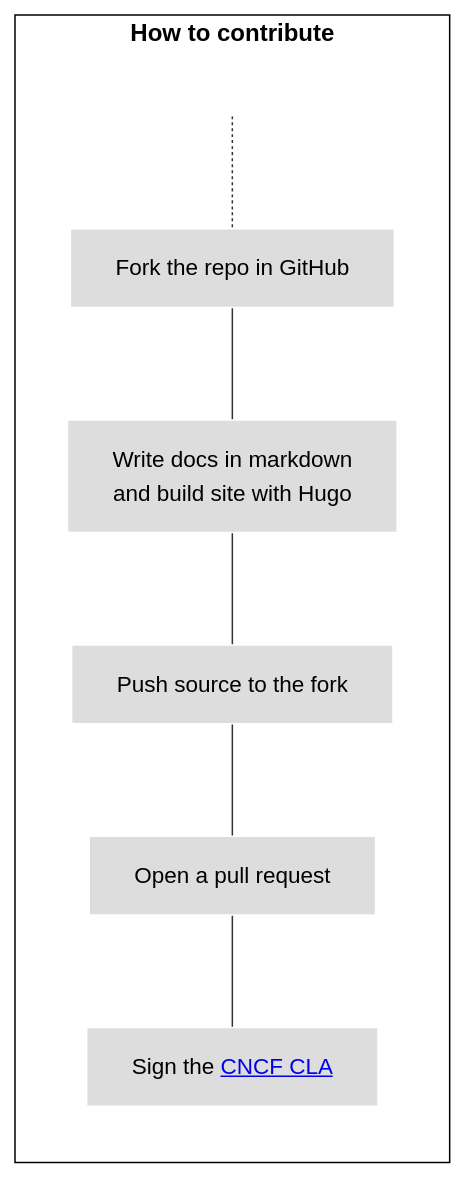
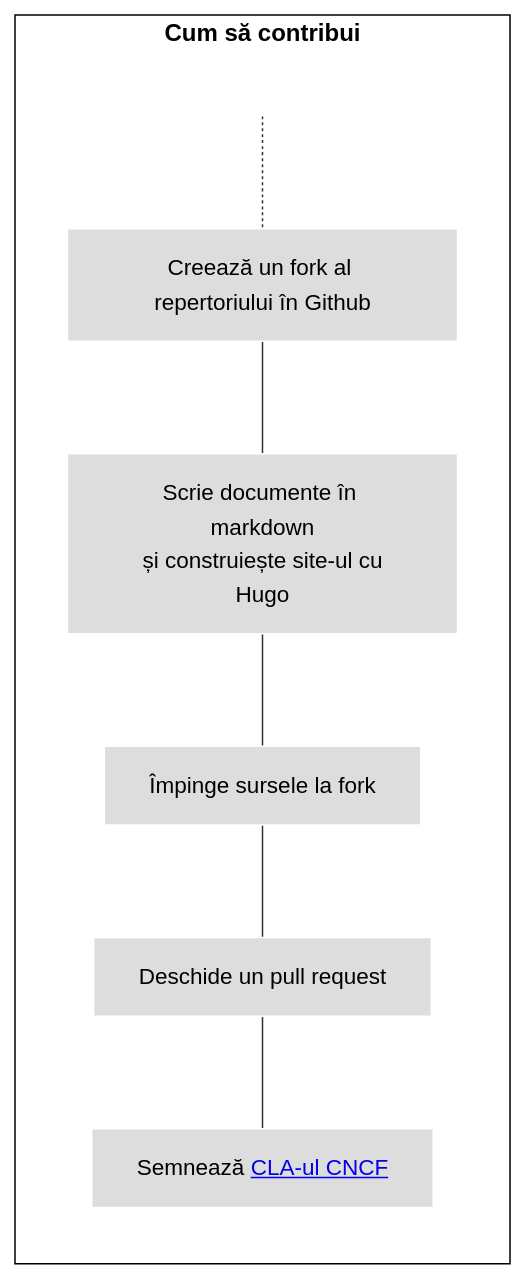
The first of 4 diagrams in content/ro/docs/contributing/pull-requests.md (open-telemetry/opentelemetry.io), drawn with Mermaid before and after one commit. The commit also changed other lines of this file, not shown here.

````diff
--- a/content/ro/docs/contributing/pull-requests.md
+++ b/content/ro/docs/contributing/pull-requests.md
@@ -54,18 +54,18 @@
 ```mermaid
 flowchart LR
-    subgraph first[How to contribute]
+    subgraph first[Cum să contribui]
     direction TB
        T[ ] -.-
-       B[Fork the repo in GitHub] --- C[Write docs in markdown<br>and build site with Hugo]
-       C --- D[Push source to the fork]
-       D --- E[Open a pull request]
-       E --- F[Sign the <a href="../prerequisites/#cla">CNCF CLA</a>]
+       B[Creează un fork al repertoriului în Github] --- C[Scrie documente în markdown<br> și construiește site-ul cu Hugo]
+       C --- D[Împinge sursele la fork]
+       D --- E[Deschide un pull request]
+       E --- F[Semnează <a href="../prerequisites/#cla">CLA-ul CNCF</a>]
     end
 
 classDef grey fill:#dddddd,stroke:#ffffff,stroke-width:px,color:#000000, font-size:15px;
 classDef white fill:#ffffff,stroke:#000,stroke-width:px,color:#000,font-weight:bold
 classDef spacewhite fill:#ffffff,stroke:#fff,stroke-width:0px,color:#000
 class A,B,C,D,E,F,G,H grey
 class S,T spacewhite
 class first,second white
 ```
````
